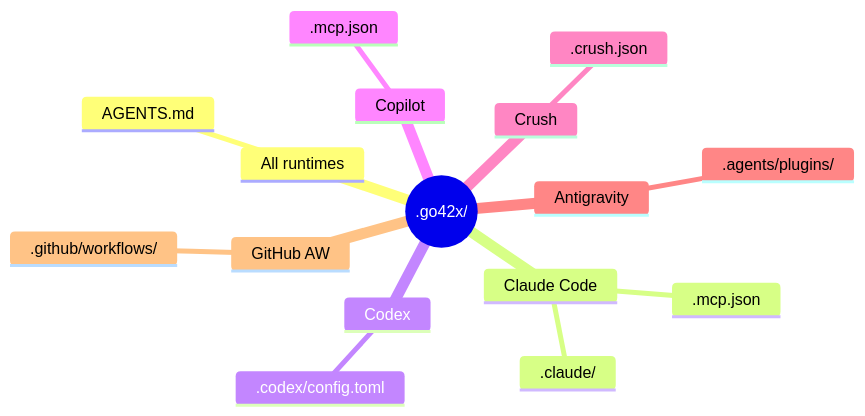
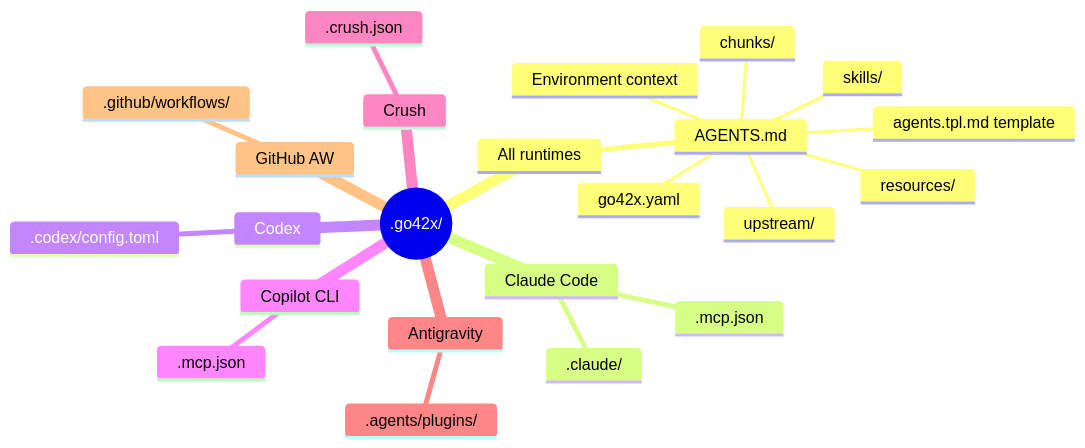
Before and after one commit to go42-dev/go42x: the diagram in README.md, drawn with Mermaid. The commit also changed other lines of this file and 3 other files, not shown here.

````diff
--- a/README.md
+++ b/README.md
@@ -44,19 +55,26 @@
 ```mermaid
 mindmap
   root((.go42x/))
     All runtimes
       AGENTS.md
+        agents.tpl.md template
+        chunks/
+        skills/
+        resources/
+        upstream/
+        go42x.yaml
+        Environment context
     Claude Code
       .claude/
       .mcp.json
     Codex
       .codex/config.toml
-    Copilot
+    Copilot CLI
       .mcp.json
     Crush
       .crush.json
     Antigravity
       .agents/plugins/
     GitHub AW
       .github/workflows/
 ```
````
